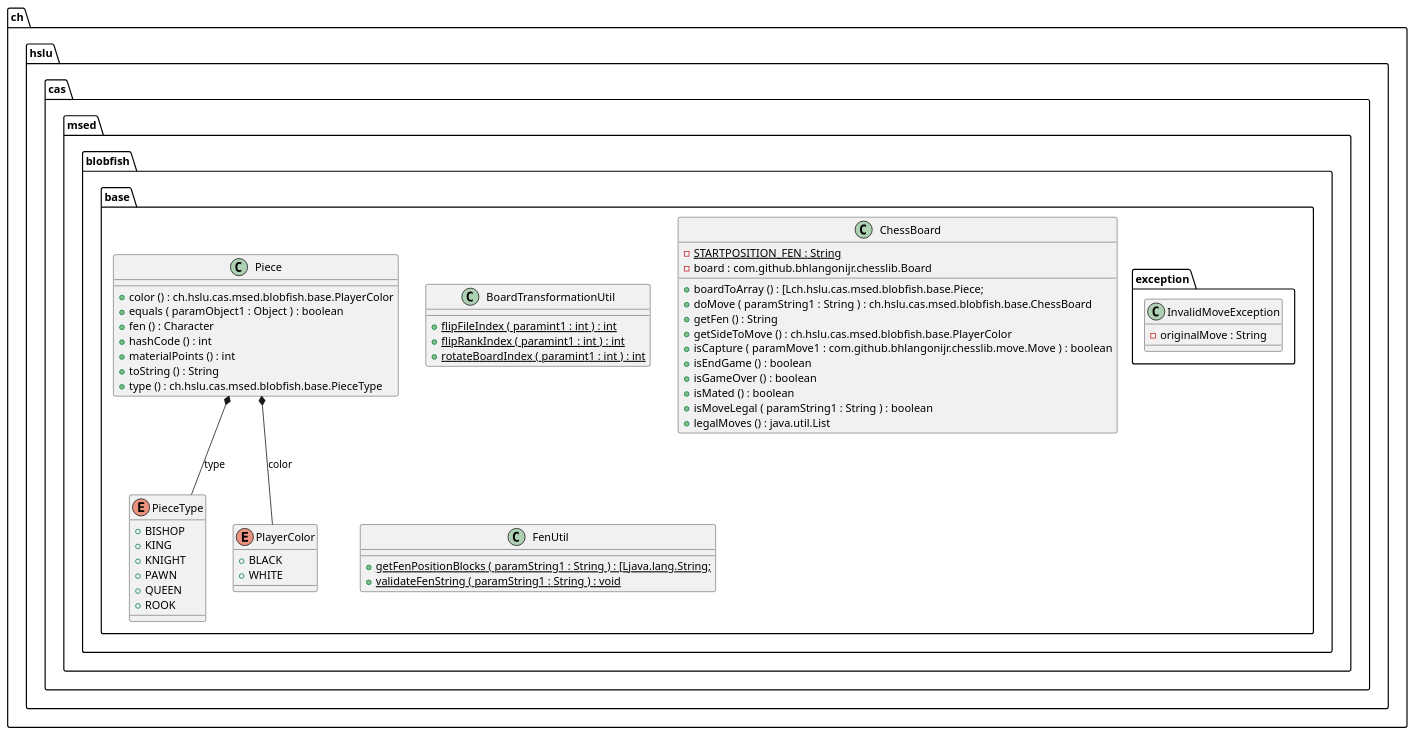
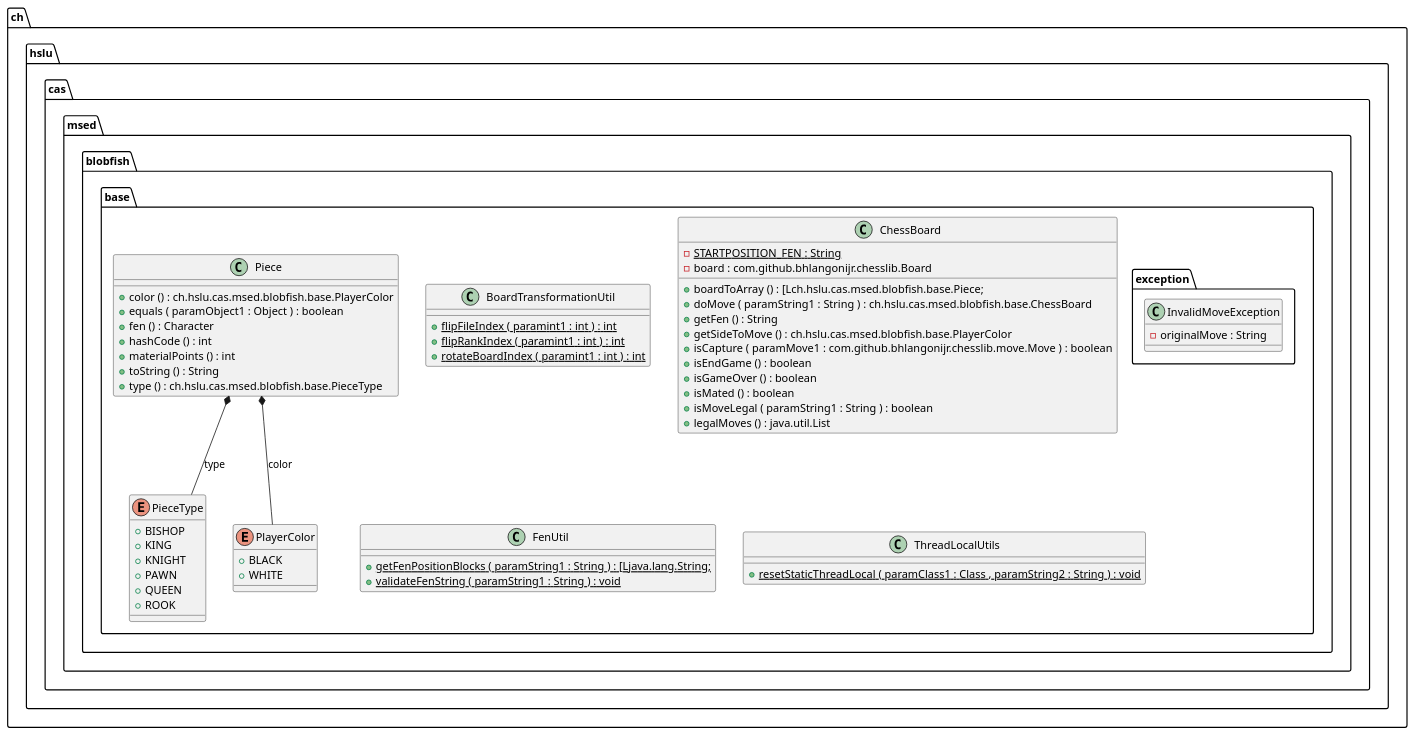
Before and after one commit to l2c0r3/blobfish: the diagram in docs/generated-diagrams/base.puml, drawn with PlantUML. The commit also changed 13 other files, not shown here.

Commit message:
update generated UML diagrams

```diff
--- a/docs/generated-diagrams/base.puml
+++ b/docs/generated-diagrams/base.puml
@@ -1,70 +1,75 @@
 @startuml
 
 class ch.hslu.cas.msed.blobfish.base.BoardTransformationUtil {
 	{method}  {static} +flipFileIndex ( paramint1 : int ) : int
 	{method}  {static} +flipRankIndex ( paramint1 : int ) : int
 	{method}  {static} +rotateBoardIndex ( paramint1 : int ) : int
 }
 
 
 class ch.hslu.cas.msed.blobfish.base.ChessBoard {
 	{field} {static} -STARTPOSITION_FEN : String
 	{field} -board : com.github.bhlangonijr.chesslib.Board
 	{method} +boardToArray () : [Lch.hslu.cas.msed.blobfish.base.Piece;
 	{method} +doMove ( paramString1 : String ) : ch.hslu.cas.msed.blobfish.base.ChessBoard
 	{method} +getFen () : String
 	{method} +getSideToMove () : ch.hslu.cas.msed.blobfish.base.PlayerColor
 	{method} +isCapture ( paramMove1 : com.github.bhlangonijr.chesslib.move.Move ) : boolean
 	{method} +isEndGame () : boolean
 	{method} +isGameOver () : boolean
 	{method} +isMated () : boolean
 	{method} +isMoveLegal ( paramString1 : String ) : boolean
 	{method} +legalMoves () : java.util.List
 }
 
 
 class ch.hslu.cas.msed.blobfish.base.FenUtil {
 	{method}  {static} +getFenPositionBlocks ( paramString1 : String ) : [Ljava.lang.String;
 	{method}  {static} +validateFenString ( paramString1 : String ) : void
 }
 
 
 class ch.hslu.cas.msed.blobfish.base.Piece {
 	{method} +color () : ch.hslu.cas.msed.blobfish.base.PlayerColor
 	{method} +equals ( paramObject1 : Object ) : boolean
 	{method} +fen () : Character
 	{method} +hashCode () : int
 	{method} +materialPoints () : int
 	{method} +toString () : String
 	{method} +type () : ch.hslu.cas.msed.blobfish.base.PieceType
 }
 
 
 enum ch.hslu.cas.msed.blobfish.base.PieceType {
 	{field} +BISHOP
 	{field} +KING
 	{field} +KNIGHT
 	{field} +PAWN
 	{field} +QUEEN
 	{field} +ROOK
 }
 
 
 enum ch.hslu.cas.msed.blobfish.base.PlayerColor {
 	{field} +BLACK
 	{field} +WHITE
 }
 
 
+class ch.hslu.cas.msed.blobfish.base.ThreadLocalUtils {
+	{method}  {static} +resetStaticThreadLocal ( paramClass1 : Class , paramString2 : String ) : void
+}
+
+
 class ch.hslu.cas.msed.blobfish.base.exception.InvalidMoveException {
 	{field} -originalMove : String
 }
 
 
 
 
 ch.hslu.cas.msed.blobfish.base.Piece *--  ch.hslu.cas.msed.blobfish.base.PieceType : type
 ch.hslu.cas.msed.blobfish.base.Piece *--  ch.hslu.cas.msed.blobfish.base.PlayerColor : color
 
 
 @enduml
```
